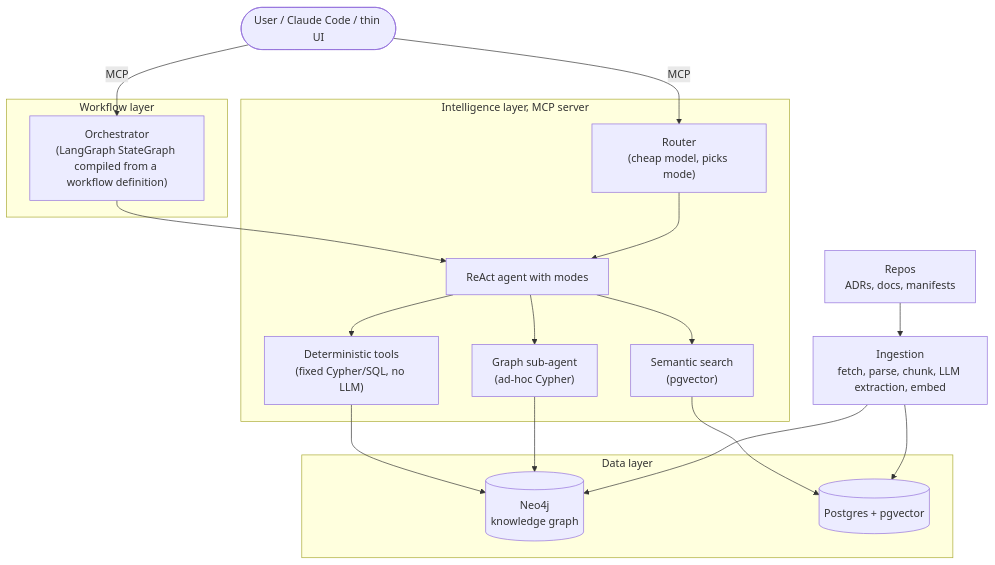
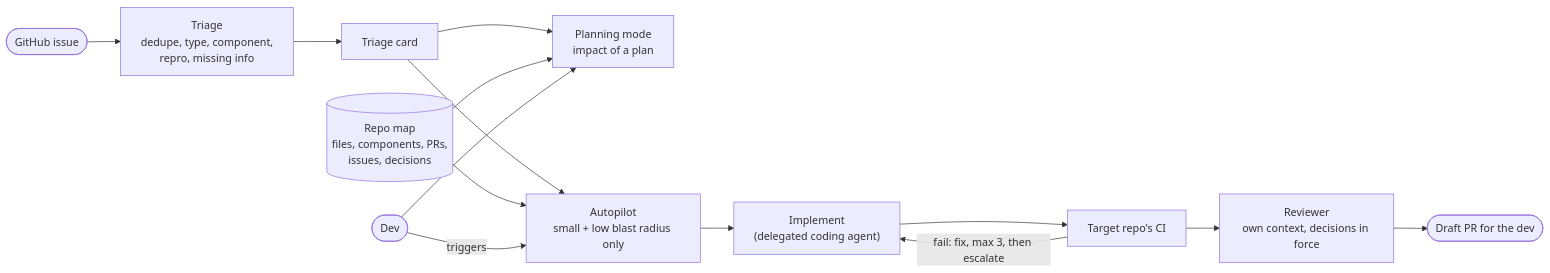
Before and after one commit to philippmossier/adrscape: the diagram in README.md, drawn with Mermaid. The commit also changed other lines of this file and 34 other files, not shown here.

````diff
--- a/README.md
+++ b/README.md
@@ -38,38 +47,17 @@
 ```mermaid
-graph TD
-    User(["User / Claude Code / thin UI"])
-
-    subgraph Workflow["Workflow layer"]
-        ORCH["Orchestrator<br/>(LangGraph StateGraph compiled from a workflow definition)"]
-    end
-
-    subgraph Intelligence["Intelligence layer, MCP server"]
-        ROUTER["Router<br/>(cheap model, picks mode)"]
-        AGENT["ReAct agent with modes"]
-        KGSUB["Graph sub-agent<br/>(ad-hoc Cypher)"]
-        DETTOOLS["Deterministic tools<br/>(fixed Cypher/SQL, no LLM)"]
-        SEMSEARCH["Semantic search<br/>(pgvector)"]
-    end
-
-    subgraph Data["Data layer"]
-        NEO[(Neo4j<br/>knowledge graph)]
-        PG[(Postgres + pgvector)]
-    end
-
-    WORKER["Ingestion<br/>fetch, parse, chunk, LLM extraction, embed"]
-    SOURCE["Repos<br/>ADRs, docs, manifests"]
-
-    User -->|MCP| ORCH
-    User -->|MCP| ROUTER
-    ORCH --> AGENT
-    ROUTER --> AGENT
-    AGENT --> DETTOOLS
-    AGENT --> KGSUB
-    AGENT --> SEMSEARCH
-    DETTOOLS --> NEO
-    KGSUB --> NEO
-    SEMSEARCH --> PG
-    SOURCE --> WORKER
-    WORKER --> NEO
-    WORKER --> PG
+graph LR
+    ISSUE(["GitHub issue"]) --> TRIAGE["Triage<br/>dedupe, type, component,<br/>repro, missing info"]
+    TRIAGE --> CARD["Triage card"]
+    MAP[("Repo map<br/>files, components, PRs,<br/>issues, decisions")]
+    CARD --> PLAN["Planning mode<br/>impact of a plan"]
+    CARD --> AUTO["Autopilot<br/>small + low blast radius only"]
+    MAP --> PLAN
+    MAP --> AUTO
+    AUTO --> IMPL["Implement<br/>(delegated coding agent)"]
+    IMPL --> CI["Target repo's CI"]
+    CI -- "fail: fix, max 3, then escalate" --> IMPL
+    CI --> REVIEW["Reviewer<br/>own context, decisions in force"]
+    REVIEW --> PR(["Draft PR for the dev"])
+    DEV(["Dev"]) --> PLAN
+    DEV -- "triggers" --> AUTO
 ```
````
